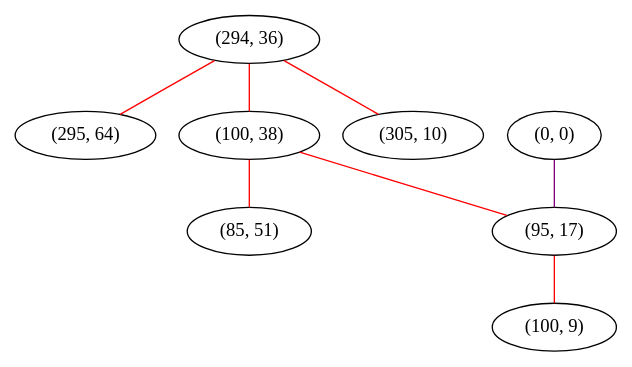
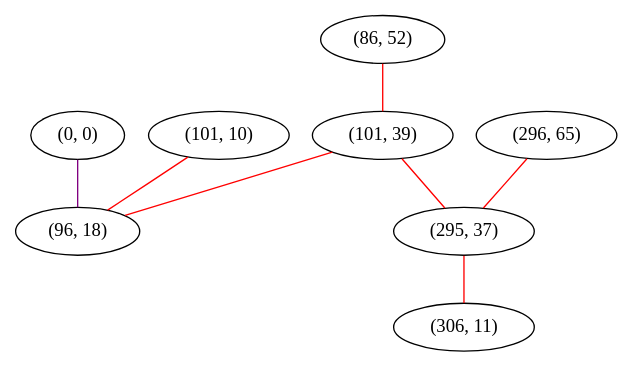
One commit to FelixMcFelix/sip-for-cv-paper changed the diagram in graphviz/alegreya/l.gv. Above: the diagram before and after it, drawn with Graphviz. The commit also changed 555006 other files, not shown here.

```diff
--- a/graphviz/alegreya/l.gv
+++ b/graphviz/alegreya/l.gv
@@ -1,17 +1,17 @@
 graph "" {
-"(294, 36)";
+"(86, 52)";
 "(0, 0)";
-"(295, 64)";
-"(100, 38)";
-"(305, 10)";
-"(95, 17)";
-"(100, 9)";
-"(85, 51)";
-"(294, 36)" -- "(305, 10)"  [color=red, key=0, weight=1];
-"(294, 36)" -- "(295, 64)"  [color=red, key=0, weight=1];
-"(294, 36)" -- "(100, 38)"  [color=red, key=0, weight=1];
-"(0, 0)" -- "(95, 17)"  [color=purple, key=0, weight=4];
-"(100, 38)" -- "(95, 17)"  [color=red, key=0, weight=1];
-"(100, 38)" -- "(85, 51)"  [color=red, key=0, weight=1];
-"(95, 17)" -- "(100, 9)"  [color=red, key=0, weight=1];
+"(101, 10)";
+"(296, 65)";
+"(101, 39)";
+"(96, 18)";
+"(295, 37)";
+"(306, 11)";
+"(86, 52)" -- "(101, 39)"  [color=red, key=0, weight=1];
+"(0, 0)" -- "(96, 18)"  [color=purple, key=0, weight=4];
+"(101, 10)" -- "(96, 18)"  [color=red, key=0, weight=1];
+"(296, 65)" -- "(295, 37)"  [color=red, key=0, weight=1];
+"(101, 39)" -- "(295, 37)"  [color=red, key=0, weight=1];
+"(101, 39)" -- "(96, 18)"  [color=red, key=0, weight=1];
+"(295, 37)" -- "(306, 11)"  [color=red, key=0, weight=1];
 }
```
